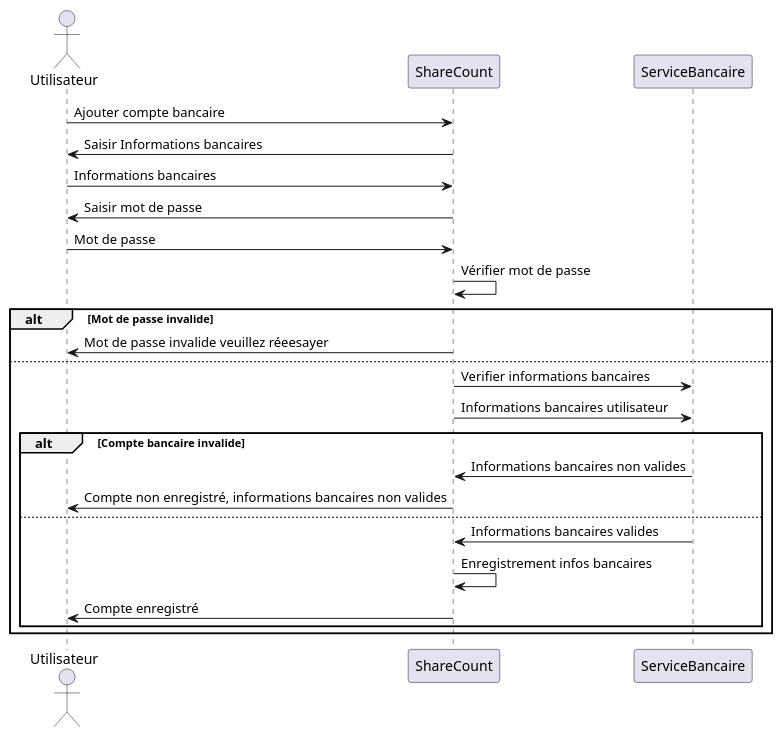
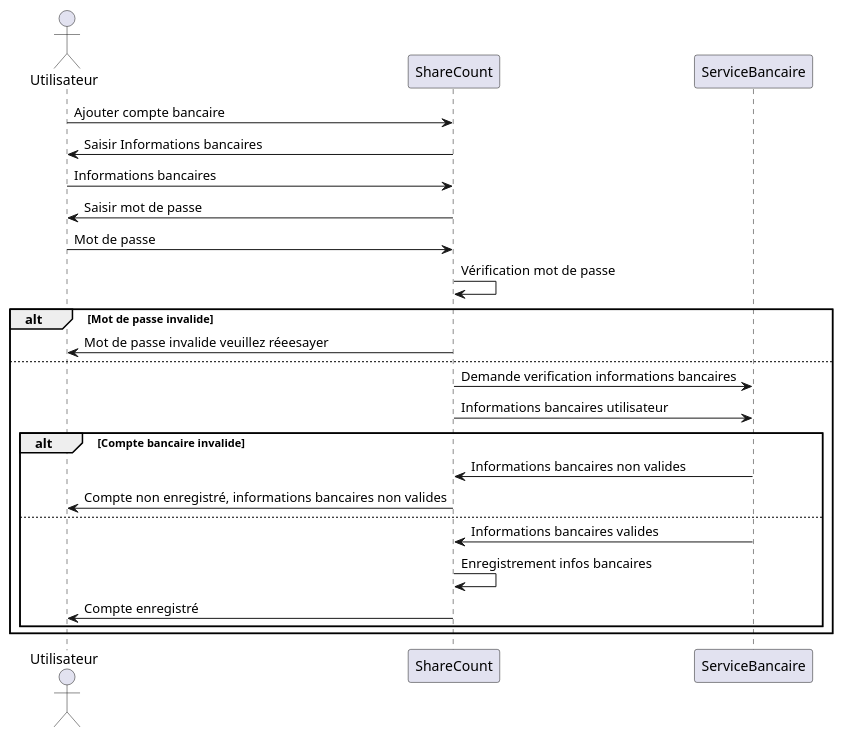
Before and after one commit to lmtb06/sharecount: the diagram in diagrammes/specification/sequence/ajouter-compte-bancaire.puml, drawn with PlantUML. The commit also changed 7 other files, not shown here.

Commit message:
- Actualisation diagramme de package - Ajout de la creation de compte pour admin - Correction de differents diagrammes de séquence

```diff
--- a/diagrammes/specification/sequence/ajouter-compte-bancaire.puml
+++ b/diagrammes/specification/sequence/ajouter-compte-bancaire.puml
@@ -1,26 +1,26 @@
 @startuml "Ajouter un compte bancaire"
 actor Utilisateur as u
 participant ShareCount as sc
 participant ServiceBancaire as sb
 
 u 	-> 	sc : Ajouter compte bancaire
 u		<- 	sc : Saisir Informations bancaires
 u		-> 	sc : Informations bancaires
 u 	<- 	sc : Saisir mot de passe
 u 	-> 	sc : Mot de passe
-sc 	-> 	sc : Vérifier mot de passe
+sc 	-> 	sc : Vérification mot de passe
 alt Mot de passe invalide
 u 	<- 	sc : Mot de passe invalide veuillez réeesayer
 else
-sc	-> 	sb : Verifier informations bancaires
+sc	-> 	sb : Demande verification informations bancaires
 sc	-> 	sb : Informations bancaires utilisateur
 alt Compte bancaire invalide
 sc	<- 	sb : Informations bancaires non valides
 u 	<-	sc : Compte non enregistré, informations bancaires non valides
 else
 sc	<- 	sb : Informations bancaires valides
 sc 	->	sc : Enregistrement infos bancaires
 u 	<-	sc : Compte enregistré
 end
 end
 @enduml
```
